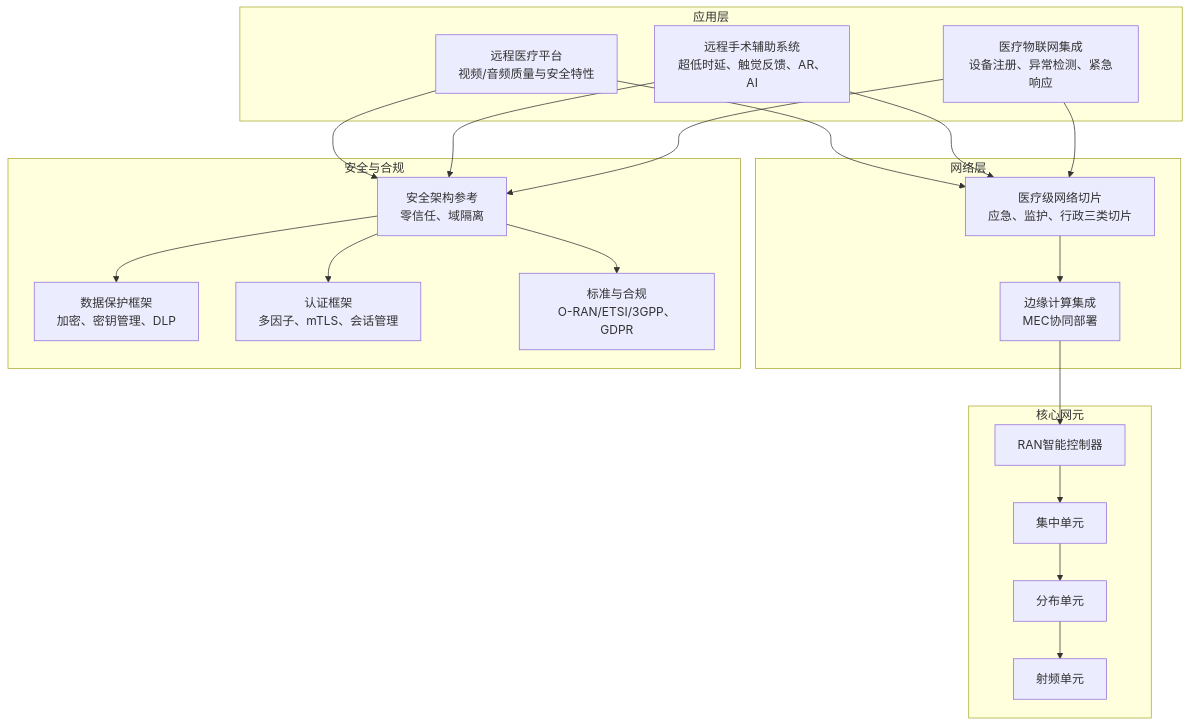
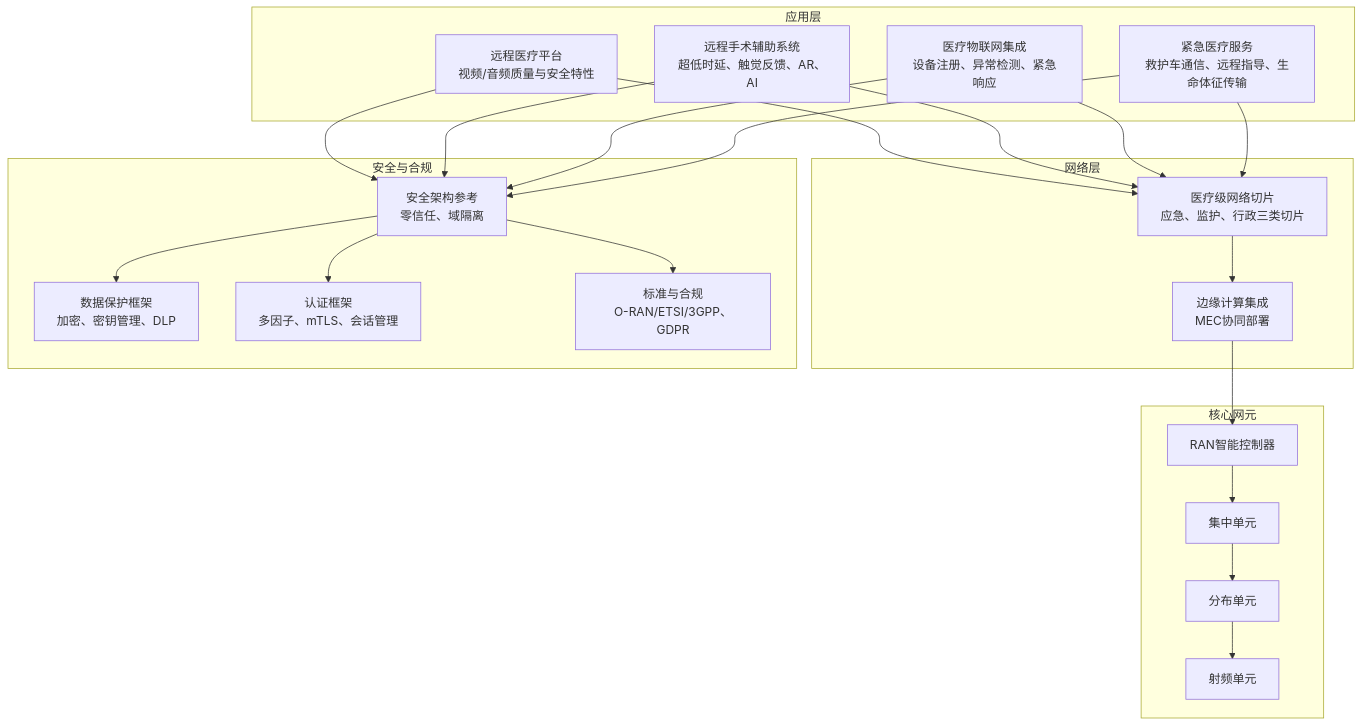
Before and after one commit to allengaller/oran-database: the second of 6 diagrams in .qoder/repowiki/zh/content/应用场景/医疗健康应用.md, drawn with Mermaid. The commit also changed other lines of this file and 32 other files, not shown here.

````diff
--- a/.qoder/repowiki/zh/content/应用场景/医疗健康应用.md
+++ b/.qoder/repowiki/zh/content/应用场景/医疗健康应用.md
@@ -118,38 +130,41 @@
 ```mermaid
 graph TB
 subgraph "应用层"
 Tele["远程医疗平台<br/>视频/音频质量与安全特性"]
 RemoteSurg["远程手术辅助系统<br/>超低时延、触觉反馈、AR、AI"]
 MedIoT["医疗物联网集成<br/>设备注册、异常检测、紧急响应"]
+Emergency["紧急医疗服务<br/>救护车通信、远程指导、生命体征传输"]
 end
 subgraph "网络层"
 Slice["医疗级网络切片<br/>应急、监护、行政三类切片"]
 Edge["边缘计算集成<br/>MEC协同部署"]
 end
 subgraph "核心网元"
 RIC["RAN智能控制器"]
 CU["集中单元"]
 DU["分布单元"]
 RU["射频单元"]
 end
 subgraph "安全与合规"
 SecArch["安全架构参考<br/>零信任、域隔离"]
 DataProt["数据保护框架<br/>加密、密钥管理、DLP"]
 Auth["认证框架<br/>多因子、mTLS、会话管理"]
 Std["标准与合规<br/>O-RAN/ETSI/3GPP、GDPR"]
 end
 Tele --> Slice
 RemoteSurg --> Slice
 MedIoT --> Slice
+Emergency --> Slice
 Slice --> Edge
 Edge --> RIC
 RIC --> CU
 CU --> DU
 DU --> RU
 Tele --> SecArch
 RemoteSurg --> SecArch
 MedIoT --> SecArch
+Emergency --> SecArch
 SecArch --> DataProt
 SecArch --> Auth
 SecArch --> Std
 ```
````
